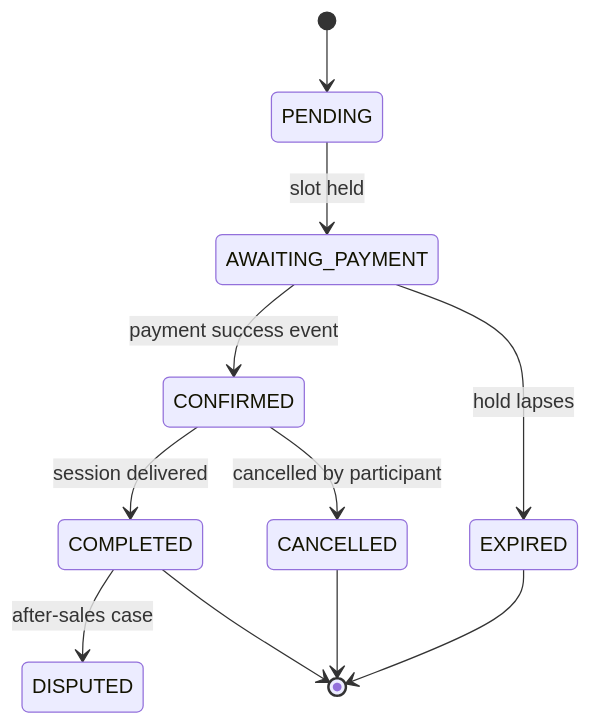
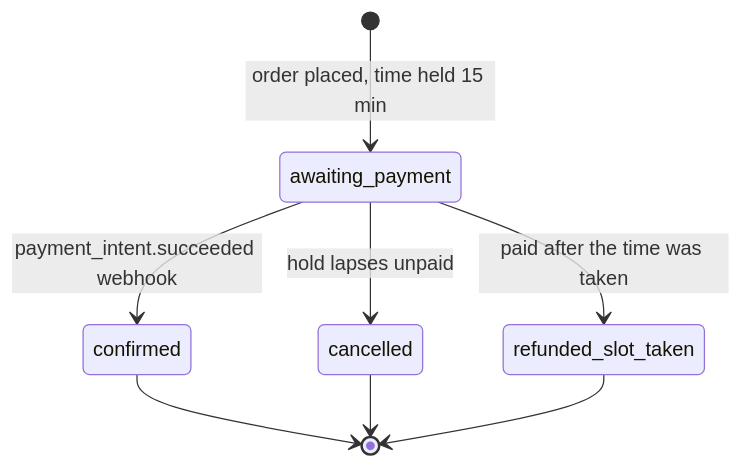
The second of 3 diagrams in docs/sprint1/design-by-concept/design-by-concept.md (ZichuanW15/yoir_sample), drawn with Mermaid before and after one commit. The commit also changed other lines of this file and 3 other files, not shown here.

Commit message:
docs(design): update design concept, diagram and schema document to the build

````diff
--- a/docs/sprint1/design-by-concept/design-by-concept.md
+++ b/docs/sprint1/design-by-concept/design-by-concept.md
@@ -228,13 +281,10 @@
 ```mermaid
 stateDiagram-v2
-    [*] --> PENDING
-    PENDING --> AWAITING_PAYMENT: slot held
-    AWAITING_PAYMENT --> CONFIRMED: payment success event
-    AWAITING_PAYMENT --> EXPIRED: hold lapses
-    CONFIRMED --> COMPLETED: session delivered
-    CONFIRMED --> CANCELLED: cancelled by participant
-    COMPLETED --> DISPUTED: after-sales case
-    EXPIRED --> [*]
-    CANCELLED --> [*]
-    COMPLETED --> [*]
+    [*] --> awaiting_payment: order placed, time held 15 min
+    awaiting_payment --> confirmed: payment_intent.succeeded webhook
+    awaiting_payment --> cancelled: hold lapses unpaid
+    awaiting_payment --> refunded_slot_taken: paid after the time was taken
+    confirmed --> [*]
+    cancelled --> [*]
+    refunded_slot_taken --> [*]
 ```
````
